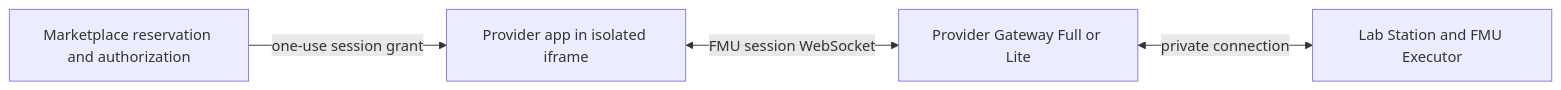
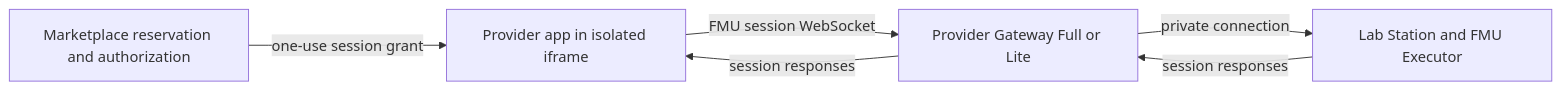
One commit to DecentraLabsCom/Marketplace changed the first of 2 diagrams in docs/provider/digital-twin-threejs-app-contract.md. Above: the diagram before and after it, drawn with Mermaid. The commit also changed other lines of this file and 5 other files, not shown here.

````diff
--- a/docs/provider/digital-twin-threejs-app-contract.md
+++ b/docs/provider/digital-twin-threejs-app-contract.md
@@ -8,6 +8,8 @@
 ```mermaid
 flowchart LR
   Marketplace[Marketplace reservation and authorization] -->|one-use session grant| App[Provider app in isolated iframe]
-  App <-->|FMU session WebSocket| Gateway[Provider Gateway Full or Lite]
-  Gateway <-->|private connection| Station[Lab Station and FMU Executor]
+  App -->|FMU session WebSocket| Gateway[Provider Gateway Full or Lite]
+  Gateway -->|session responses| App
+  Gateway -->|private connection| Station[Lab Station and FMU Executor]
+  Station -->|session responses| Gateway
 ```
````
